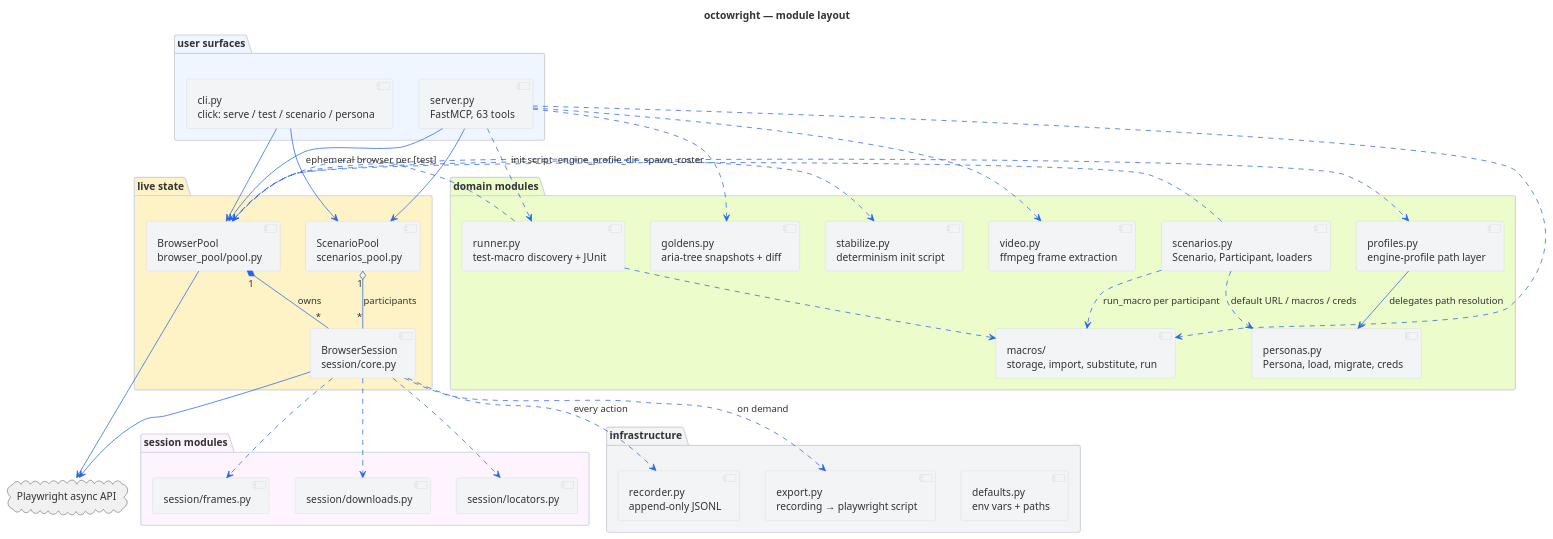
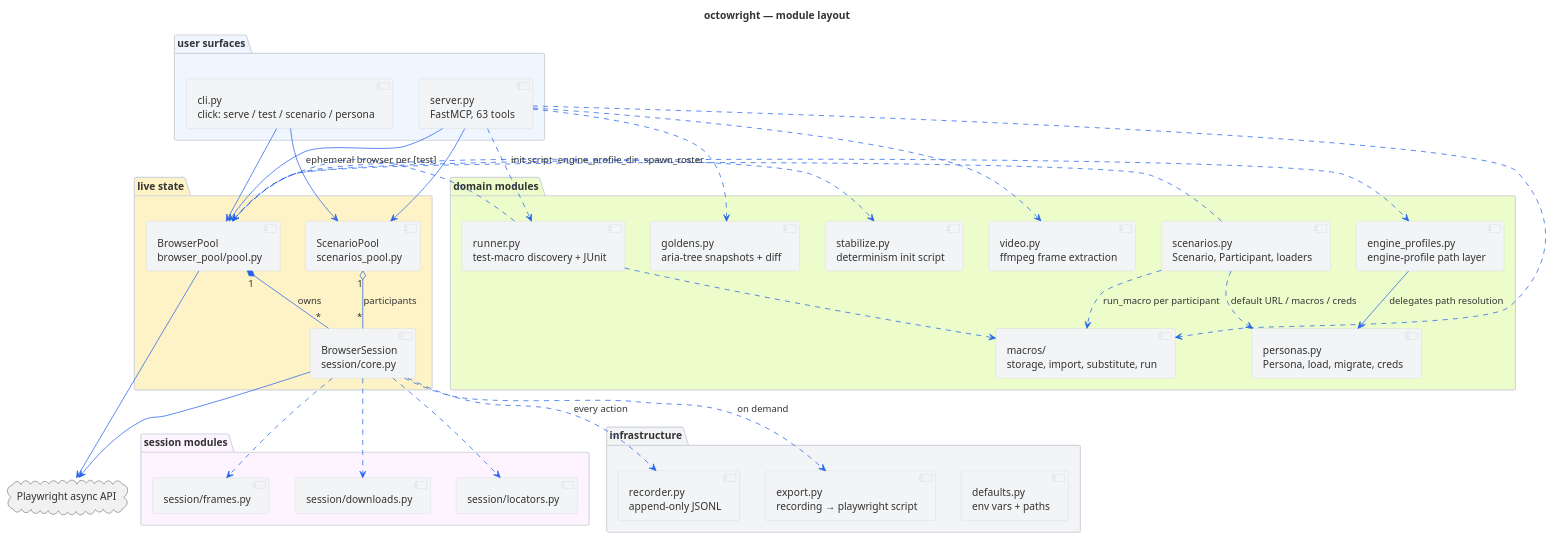
Before and after one commit to livingstaccato/octowright: the diagram in docs/architecture/component.puml, drawn with PlantUML. The commit also changed 35 other files, not shown here.

```diff
--- a/docs/architecture/component.puml
+++ b/docs/architecture/component.puml
@@ -5,85 +5,85 @@
 @startuml component
 title octowright — module layout
 
 skinparam backgroundColor #ffffff
 skinparam defaultFontColor #333333
 skinparam componentBorderColor #d1d5db
 skinparam componentBackgroundColor #f3f4f6
 skinparam packageBorderColor #d1d5db
 skinparam packageBackgroundColor #ffffff
 skinparam arrowColor #2563eb
 skinparam noteBorderColor #d1d5db
 skinparam noteBackgroundColor #f9fafb
 
 package "user surfaces" #eff6ff {
   [server.py\nFastMCP, 63 tools] as SERVER
   [cli.py\nclick: serve / test / scenario / persona] as CLI
 }
 
 package "live state" #fef3c7 {
   [BrowserPool\nbrowser_pool/pool.py] as POOL
   [BrowserSession\nsession/core.py] as SESSION
   [ScenarioPool\nscenarios_pool.py] as SPOOL
 }
 
 package "session modules" #fdf4ff {
   [session/frames.py] as SF
   [session/downloads.py] as SD
   [session/locators.py] as SL
 }
 
 package "domain modules" #ecfccb {
   [personas.py\nPersona, load, migrate, creds] as PERSONAS
-  [profiles.py\nengine-profile path layer] as PROFILES
+  [engine_profiles.py\nengine-profile path layer] as PROFILES
   [scenarios.py\nScenario, Participant, loaders] as SCENARIOS
   [macros/\nstorage, import, substitute, run] as MACROS
   [runner.py\ntest-macro discovery + JUnit] as RUNNER
   [goldens.py\naria-tree snapshots + diff] as GOLDENS
   [video.py\nffmpeg frame extraction] as VIDEO
   [stabilize.py\ndeterminism init script] as STABILIZE
 }
 
 package "infrastructure" #f3f4f6 {
   [defaults.py\nenv vars + paths] as DEFAULTS
   [recorder.py\nappend-only JSONL] as RECORDER
   [export.py\nrecording → playwright script] as EXPORT
 }
 
 cloud "Playwright async API" as PW
 
 ' user surfaces drive live state
 CLI --> POOL
 CLI --> SPOOL
 SERVER --> POOL
 SERVER --> SPOOL
 
 ' live state composition
 POOL "1" *-- "*" SESSION : owns
 SPOOL "1" o-- "*" SESSION : participants
 SESSION ..> SF
 SESSION ..> SD
 SESSION ..> SL
 
 ' domain dependencies
 POOL ..> PROFILES : engine_profile_dir
 POOL ..> STABILIZE : init script
 SCENARIOS ..> PERSONAS : default URL / macros / creds
 SCENARIOS ..> MACROS : run_macro per participant
 SCENARIOS ..> POOL : spawn_roster
 RUNNER ..> MACROS
 RUNNER ..> POOL : ephemeral browser per [test]
 SERVER ..> RUNNER
 SERVER ..> GOLDENS
 SERVER ..> VIDEO
 SERVER ..> MACROS
 
 ' artifacts
 SESSION ..> RECORDER : every action
 SESSION ..> EXPORT : on demand
 PROFILES --> PERSONAS : delegates path resolution
 
 ' playwright
 SESSION --> PW
 POOL --> PW
 
 @enduml
```
